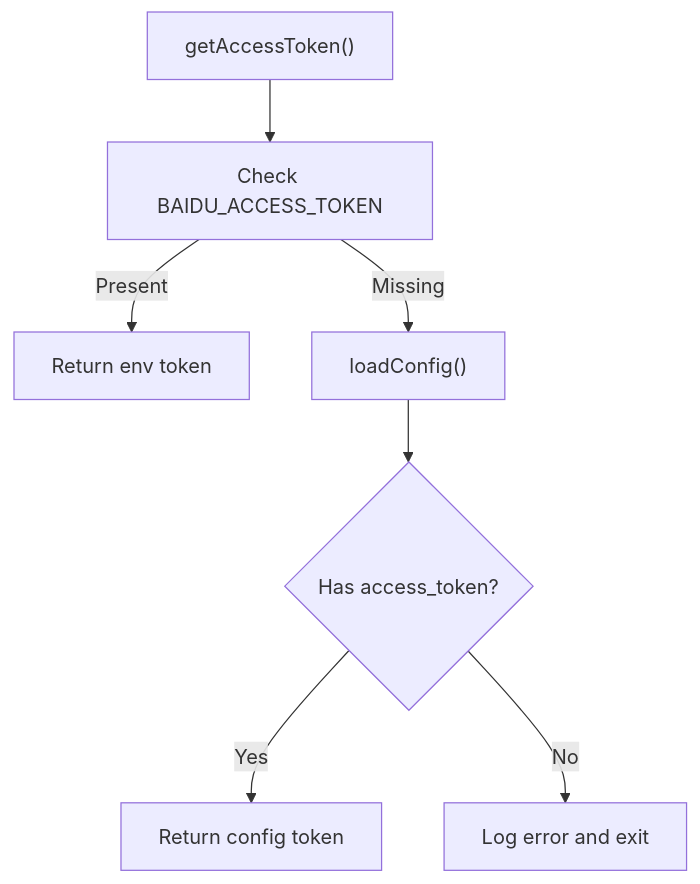
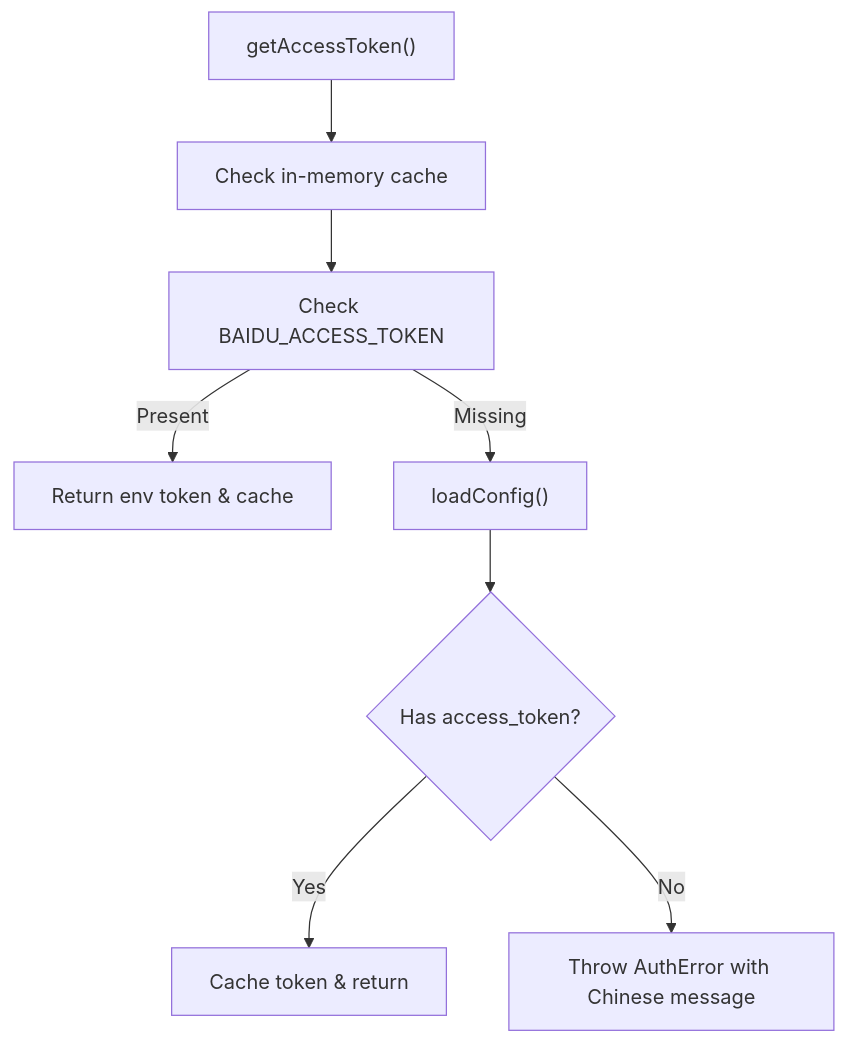
One commit to yuexiaoliang/baiduwangpan-manager changed the fifth of 7 diagrams in .qoder/repowiki/en/content/Authentication System/Token Management and Persistence.md. Above: the diagram before and after it, drawn with Mermaid. The commit also changed other lines of this file and 30 other files, not shown here.

````diff
--- a/.qoder/repowiki/en/content/Authentication System/Token Management and Persistence.md
+++ b/.qoder/repowiki/en/content/Authentication System/Token Management and Persistence.md
@@ -197,9 +270,10 @@
 ```mermaid
 flowchart TD
-GetAT["getAccessToken()"] --> CheckEnv["Check BAIDU_ACCESS_TOKEN"]
-CheckEnv --> |Present| ReturnEnv["Return env token"]
+GetAT["getAccessToken()"] --> CheckCache["Check in-memory cache"]
+CheckCache --> CheckEnv["Check BAIDU_ACCESS_TOKEN"]
+CheckEnv --> |Present| ReturnEnv["Return env token & cache"]
 CheckEnv --> |Missing| LoadCfg["loadConfig()"]
 LoadCfg --> HasAT{"Has access_token?"}
-HasAT --> |Yes| ReturnCfg["Return config token"]
-HasAT --> |No| ErrorExit["Log error and exit"]
+HasAT --> |Yes| CacheToken["Cache token & return"]
+HasAT --> |No| ThrowError["Throw AuthError with Chinese message"]
 ```
````
